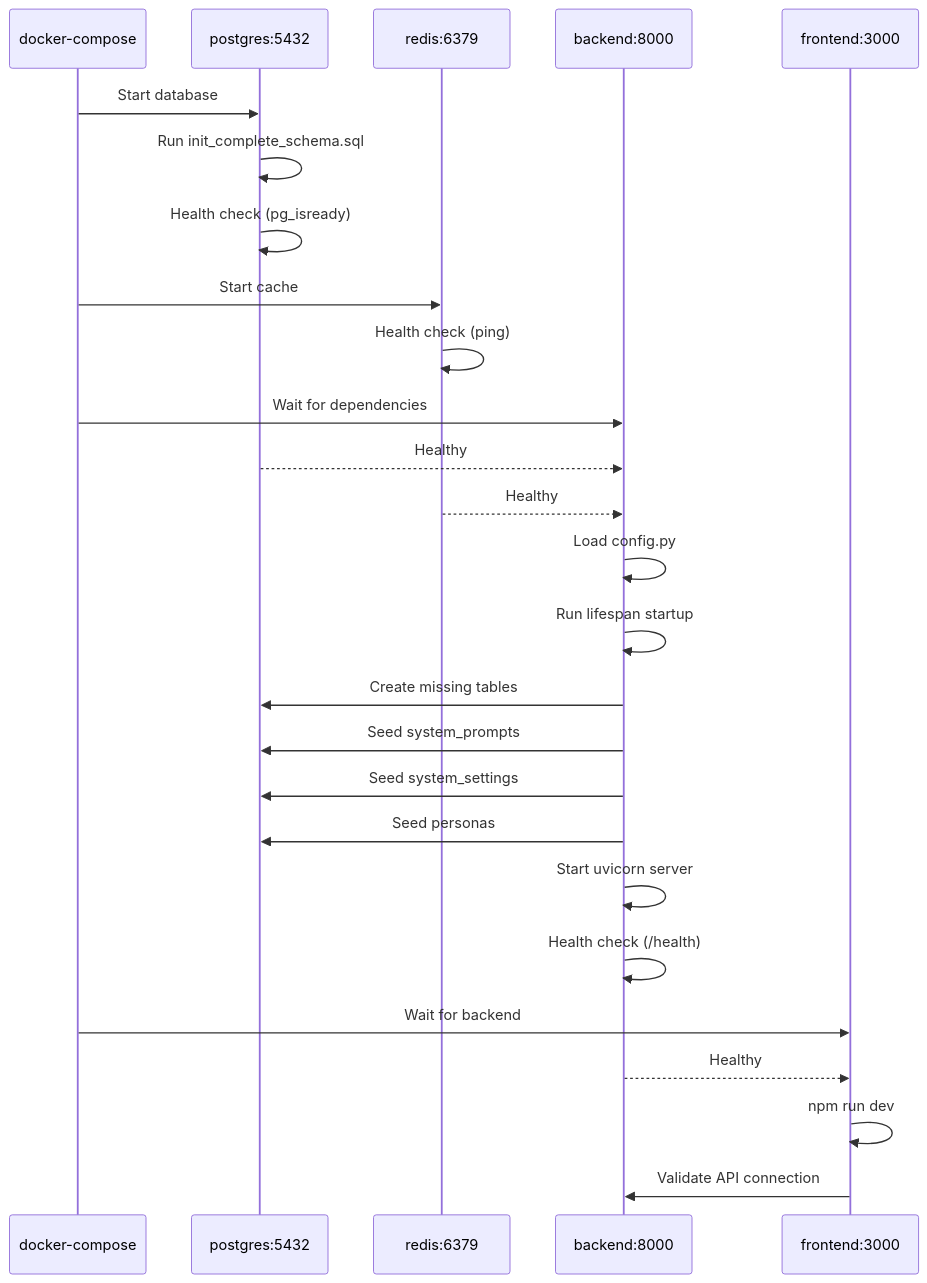
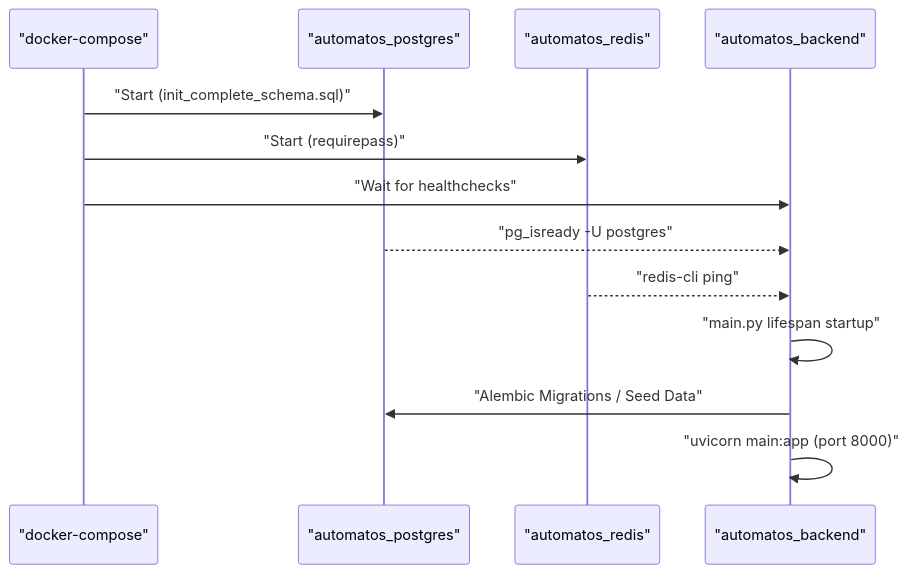
Before and after one commit to AutomatosAI/automatos-ai: the second of 2 diagrams in docs/getting-started/_index.md, drawn with Mermaid. The commit also changed other lines of this file and 149 other files, not shown here.

Commit message:
docs: refresh documentation with graphify semantic scan

````diff
--- a/docs/getting-started/_index.md
+++ b/docs/getting-started/_index.md
@@ -176,33 +114,16 @@
 ```mermaid
 sequenceDiagram
-    participant Compose as docker-compose
-    participant PG as postgres:5432
-    participant Redis as redis:6379
-    participant Backend as backend:8000
-    participant Frontend as frontend:3000
+    participant Compose as "docker-compose"
+    participant PG as "automatos_postgres"
+    participant Redis as "automatos_redis"
+    participant Backend as "automatos_backend"
     
-    Compose->>PG: Start database
-    PG->>PG: Run init_complete_schema.sql
-    PG->>PG: Health check (pg_isready)
-    
-    Compose->>Redis: Start cache
-    Redis->>Redis: Health check (ping)
-    
-    Compose->>Backend: Wait for dependencies
-    PG-->>Backend: Healthy
-    Redis-->>Backend: Healthy
-    
-    Backend->>Backend: Load config.py
-    Backend->>Backend: Run lifespan startup
-    Backend->>PG: Create missing tables
-    Backend->>PG: Seed system_prompts
-    Backend->>PG: Seed system_settings
-    Backend->>PG: Seed personas
-    Backend->>Backend: Start uvicorn server
-    Backend->>Backend: Health check (/health)
-    
-    Compose->>Frontend: Wait for backend
-    Backend-->>Frontend: Healthy
-    Frontend->>Frontend: npm run dev
-    Frontend->>Backend: Validate API connection
+    Compose->>PG: "Start (init_complete_schema.sql)"
+    Compose->>Redis: "Start (requirepass)"
+    Compose->>Backend: "Wait for healthchecks"
+    PG-->>Backend: "pg_isready -U postgres"
+    Redis-->>Backend: "redis-cli ping"
+    Backend->>Backend: "main.py lifespan startup"
+    Backend->>PG: "Alembic Migrations / Seed Data"
+    Backend->>Backend: "uvicorn main:app (port 8000)"
 ```
````
